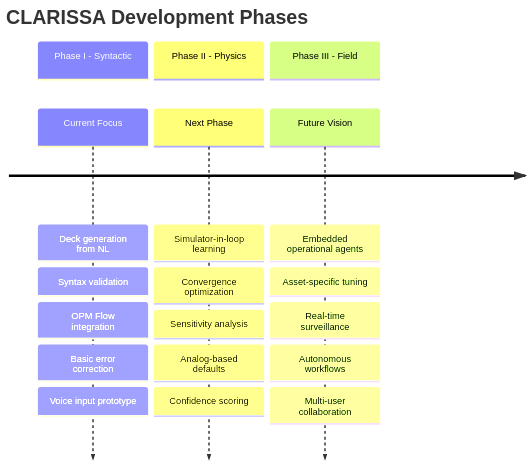
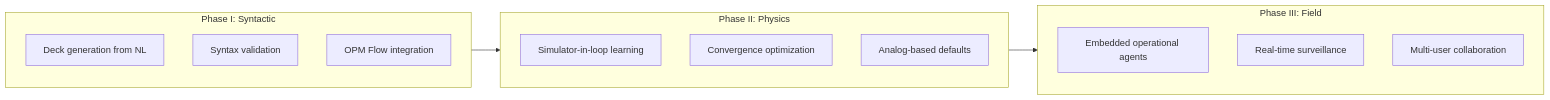
Before and after one commit to wolfram-laube/clarissa: the second of 6 diagrams in conference/spe-europe-2026/sources/wolfram/abstract-merged.md, drawn with Mermaid. The commit also changed other lines of this file, not shown here.

Commit message:
fix: simplify Mermaid diagrams, remove emojis (fixes rendering)

````diff
--- a/conference/spe-europe-2026/sources/wolfram/abstract-merged.md
+++ b/conference/spe-europe-2026/sources/wolfram/abstract-merged.md
@@ -78,25 +112,22 @@
 ```mermaid
-timeline
-    title CLARISSA Development Phases
-    
-    section Phase I - Syntactic
-        Current Focus : Deck generation from NL
-                      : Syntax validation
-                      : OPM Flow integration
-                      : Basic error correction
-                      : Voice input prototype
-    
-    section Phase II - Physics  
-        Next Phase : Simulator-in-loop learning
-                   : Convergence optimization
-                   : Sensitivity analysis
-                   : Analog-based defaults
-                   : Confidence scoring
-    
-    section Phase III - Field
-        Future Vision : Embedded operational agents
-                      : Asset-specific tuning
-                      : Real-time surveillance
-                      : Autonomous workflows
-                      : Multi-user collaboration
+flowchart LR
+    subgraph P1["Phase I: Syntactic"]
+        A1[Deck generation from NL]
+        A2[Syntax validation]
+        A3[OPM Flow integration]
+    end
+
+    subgraph P2["Phase II: Physics"]
+        B1[Simulator-in-loop learning]
+        B2[Convergence optimization]
+        B3[Analog-based defaults]
+    end
+
+    subgraph P3["Phase III: Field"]
+        C1[Embedded operational agents]
+        C2[Real-time surveillance]
+        C3[Multi-user collaboration]
+    end
+
+    P1 --> P2 --> P3
 ```
````
